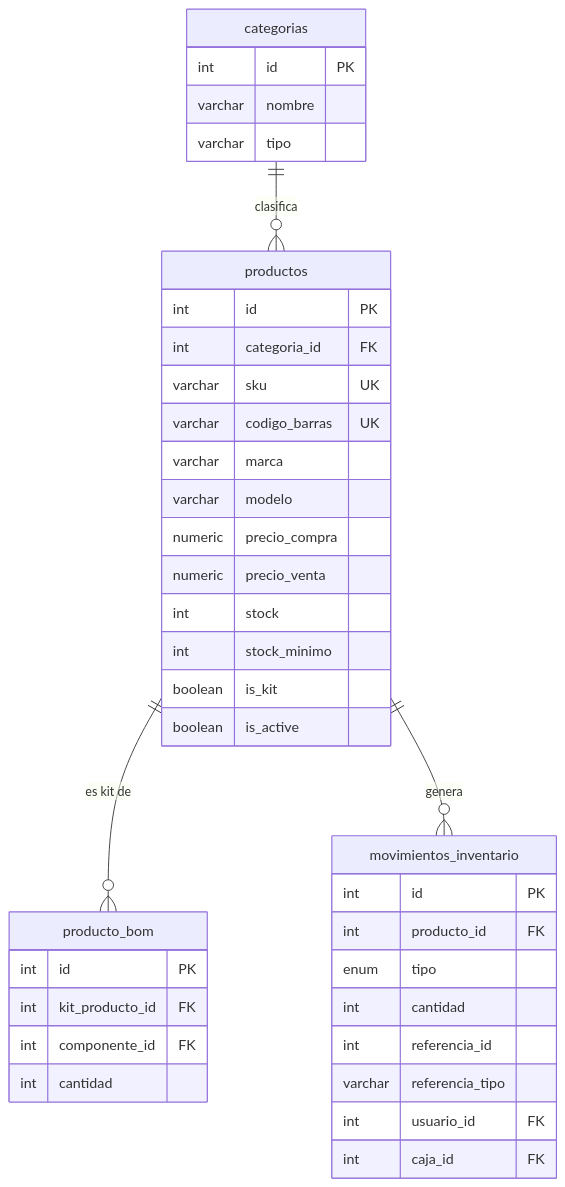
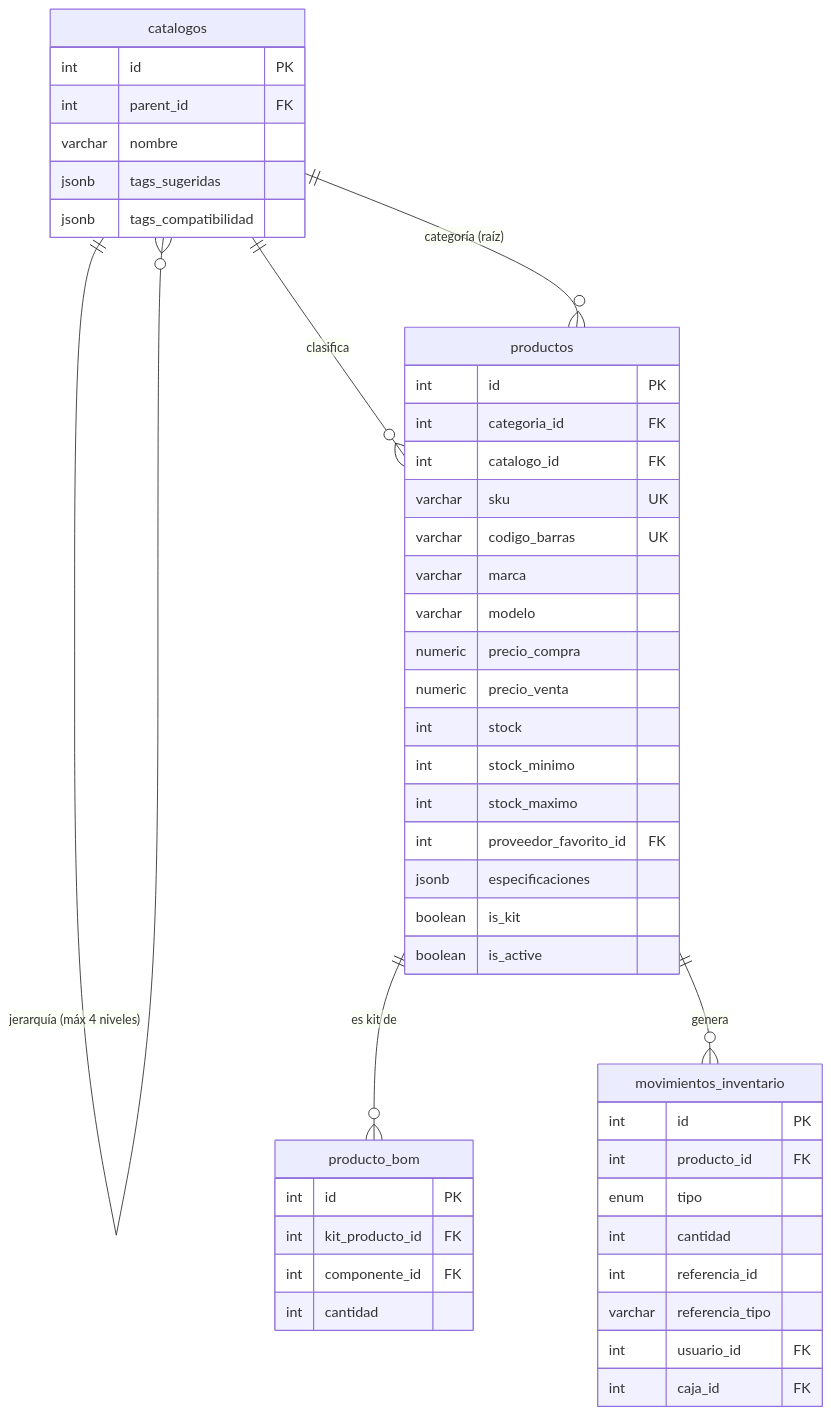
Before and after one commit to Magh97/techfix-product: the second of 5 diagrams in docs/05-data-model.md, drawn with Mermaid. The commit also changed other lines of this file and 3 other files, not shown here.

````diff
--- a/docs/05-data-model.md
+++ b/docs/05-data-model.md
@@ -31,41 +37,49 @@
 ```mermaid
 erDiagram
-    categorias {
+    catalogos {
         int id PK
+        int parent_id FK
         varchar nombre
-        varchar tipo
+        jsonb tags_sugeridas
+        jsonb tags_compatibilidad
     }
     productos {
         int id PK
         int categoria_id FK
+        int catalogo_id FK
         varchar sku UK
         varchar codigo_barras UK
         varchar marca
         varchar modelo
         numeric precio_compra
         numeric precio_venta
         int stock
         int stock_minimo
+        int stock_maximo
+        int proveedor_favorito_id FK
+        jsonb especificaciones
         boolean is_kit
         boolean is_active
     }
     producto_bom {
         int id PK
         int kit_producto_id FK
         int componente_id FK
         int cantidad
     }
     movimientos_inventario {
         int id PK
         int producto_id FK
         enum tipo
         int cantidad
         int referencia_id
         varchar referencia_tipo
         int usuario_id FK
         int caja_id FK
     }
-    categorias ||--o{ productos : clasifica
+    catalogos ||--o{ catalogos : "jerarquía (máx 4 niveles)"
+    catalogos ||--o{ productos : clasifica
+    catalogos ||--o{ productos : "categoría (raíz)"
     productos ||--o{ producto_bom : "es kit de"
     productos ||--o{ movimientos_inventario : genera
 ```
````
